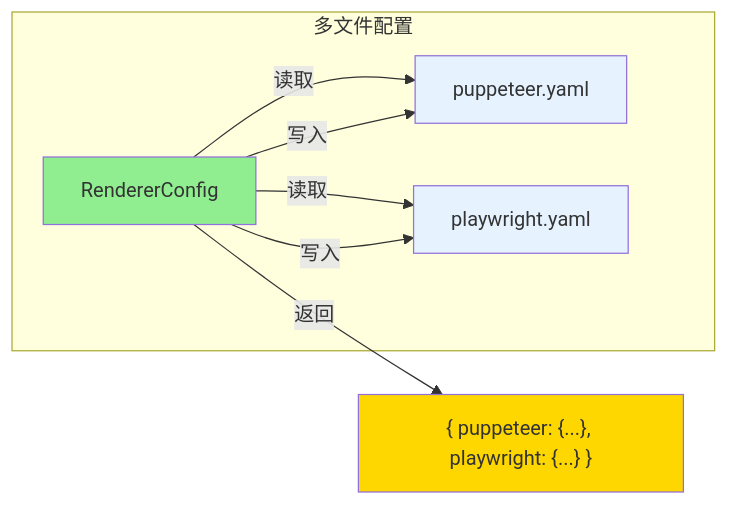
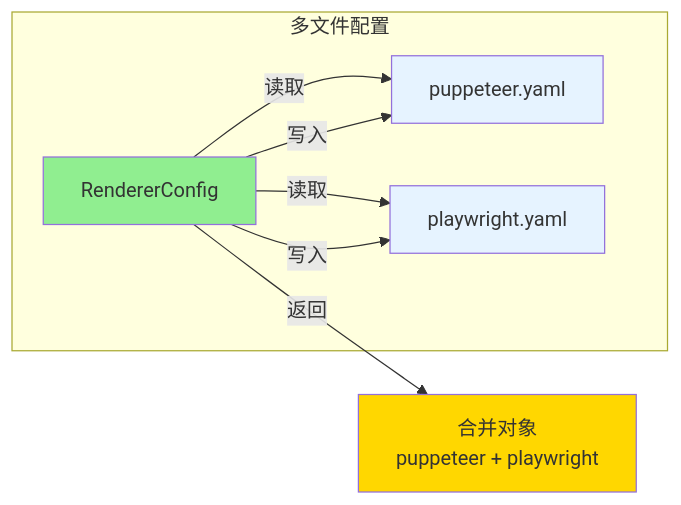
The second of 3 diagrams in docs/config-base.md (sunflowermm/XRK-AGT), drawn with Mermaid before and after one commit. The commit also changed 3 other files, not shown here.

Commit message:
完善文档图表问题 (4 modified)

````diff
--- a/docs/config-base.md
+++ b/docs/config-base.md
@@ -127,20 +127,20 @@
 ```mermaid
 flowchart LR
     subgraph MultiFile["多文件配置"]
         Config["RendererConfig"]
         Puppeteer["puppeteer.yaml"]
         Playwright["playwright.yaml"]
     end
     
     Config -->|读取| Puppeteer
     Config -->|读取| Playwright
     Config -->|写入| Puppeteer
     Config -->|写入| Playwright
     
-    Config -->|返回| Result["{ puppeteer: {...}, playwright: {...} }"]
+    Config -->|返回| Result["合并对象<br/>puppeteer + playwright"]
     
     style Config fill:#90EE90
     style Puppeteer fill:#E6F3FF
     style Playwright fill:#E6F3FF
     style Result fill:#FFD700
 ```
````
